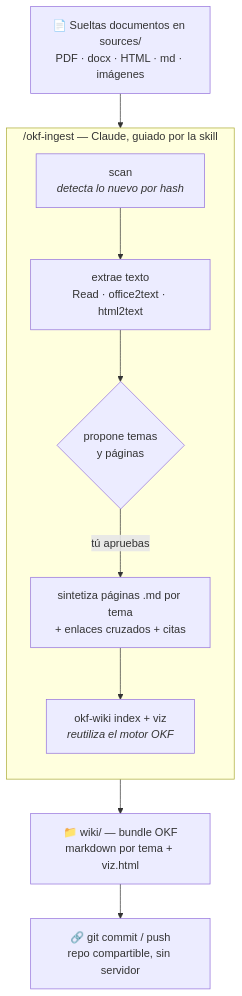
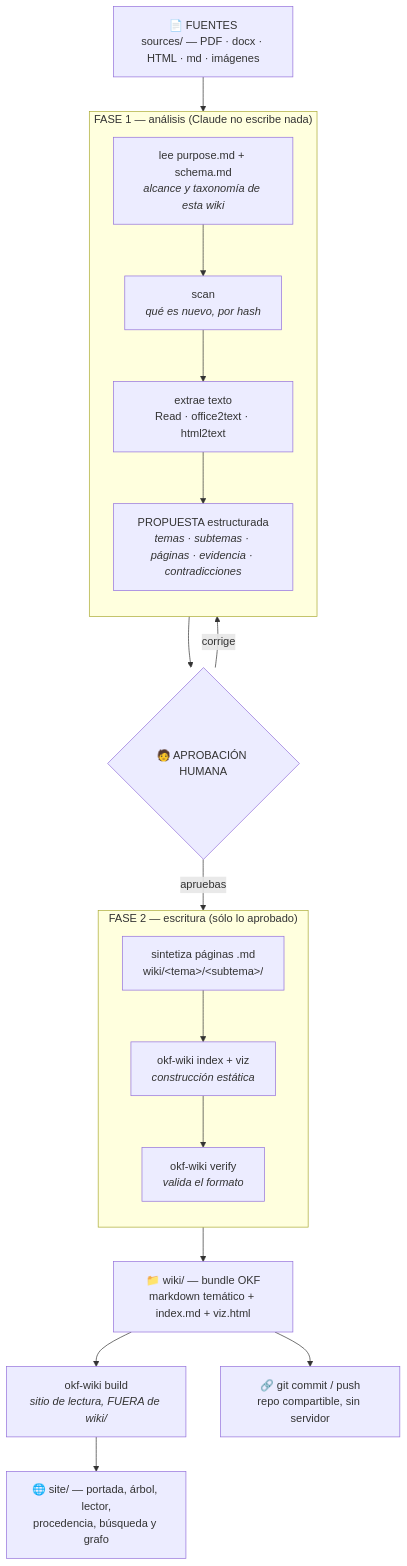
One commit to marodenas/okf_wiki changed the diagram in README.md. Above: the diagram before and after it, drawn with Mermaid. The commit also changed other lines of this file and 26 other files, not shown here.

First line of the commit message:
Migrate to OKF v0.2: reliability, static site + test suite

````diff
--- a/README.md
+++ b/README.md
@@ -8,15 +16,26 @@
 ```mermaid
 flowchart TD
-    A["📄 Sueltas documentos en sources/<br/>PDF · docx · HTML · md · imágenes"] --> B
+    A["📄 FUENTES<br/>sources/ — PDF · docx · HTML · md · imágenes"] --> B
 
-    subgraph ingest["/okf-ingest — Claude, guiado por la skill"]
+    subgraph f1["FASE 1 — análisis (Claude no escribe nada)"]
         direction TB
-        B["scan<br/><i>detecta lo nuevo por hash</i>"] --> C["extrae texto<br/>Read · office2text · html2text"]
-        C --> D{"propone temas<br/>y páginas"}
-        D -->|tú apruebas| E["sintetiza páginas .md por tema<br/>+ enlaces cruzados + citas"]
-        E --> F["okf-wiki index + viz<br/><i>reutiliza el motor OKF</i>"]
+        B["lee purpose.md + schema.md<br/><i>alcance y taxonomía de esta wiki</i>"] --> C["scan<br/><i>qué es nuevo, por hash</i>"]
+        C --> D["extrae texto<br/>Read · office2text · html2text"]
+        D --> E["PROPUESTA estructurada<br/><i>temas · subtemas · páginas · evidencia · contradicciones</i>"]
     end
 
-    F --> G["📁 wiki/ — bundle OKF<br/>markdown por tema + viz.html"]
-    G --> H["🔗 git commit / push<br/>repo compartible, sin servidor"]
+    E --> G{"🧑 APROBACIÓN HUMANA"}
+    G -->|corrige| E
+
+    subgraph f2["FASE 2 — escritura (sólo lo aprobado)"]
+        direction TB
+        H["sintetiza páginas .md<br/>wiki/&lt;tema&gt;/&lt;subtema&gt;/"] --> I["okf-wiki index + viz<br/><i>construcción estática</i>"]
+        I --> J["okf-wiki verify<br/><i>valida el formato</i>"]
+    end
+
+    G -->|apruebas| H
+    J --> K["📁 wiki/ — bundle OKF<br/>markdown temático + index.md + viz.html"]
+    K --> M["okf-wiki build<br/><i>sitio de lectura, FUERA de wiki/</i>"]
+    M --> N["🌐 site/ — portada, árbol, lector,<br/>procedencia, búsqueda y grafo"]
+    K --> L["🔗 git commit / push<br/>repo compartible, sin servidor"]
 ```
````
